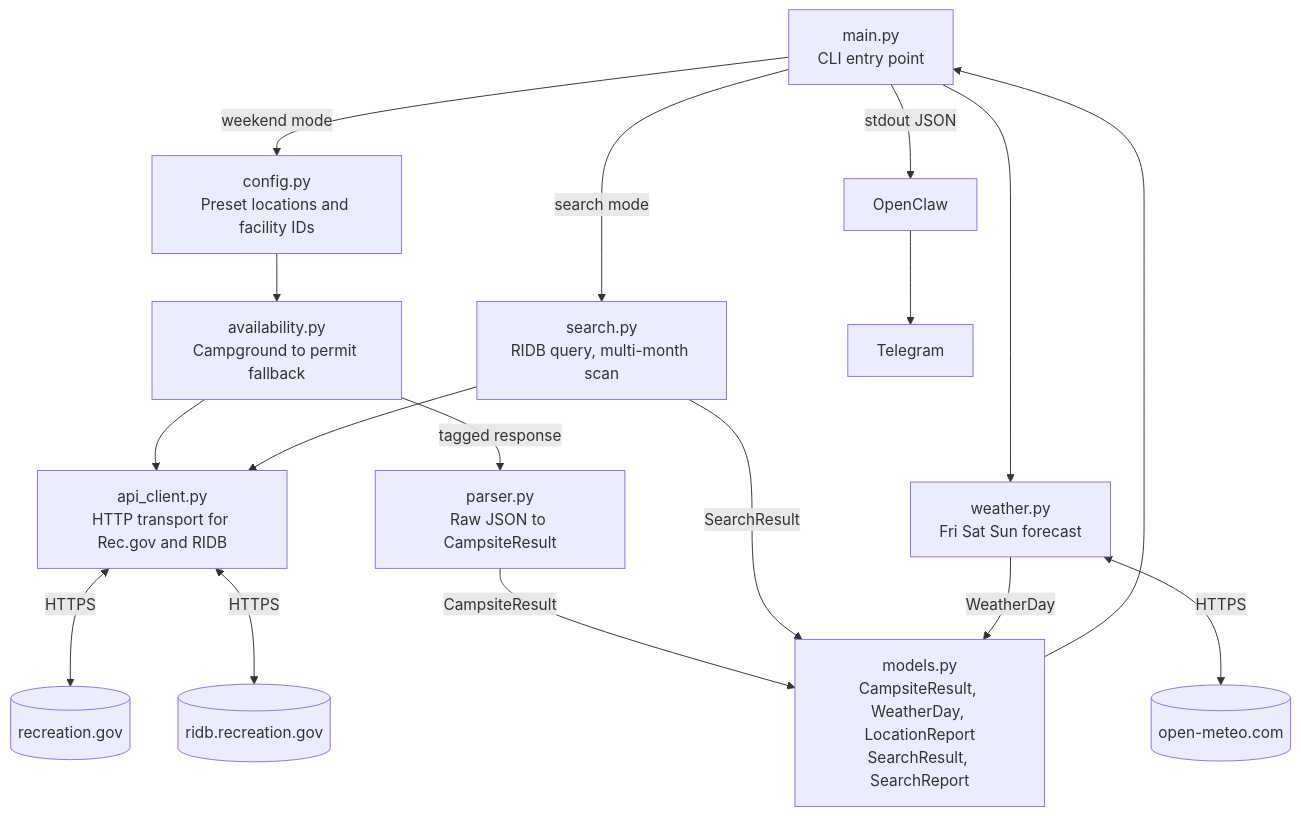
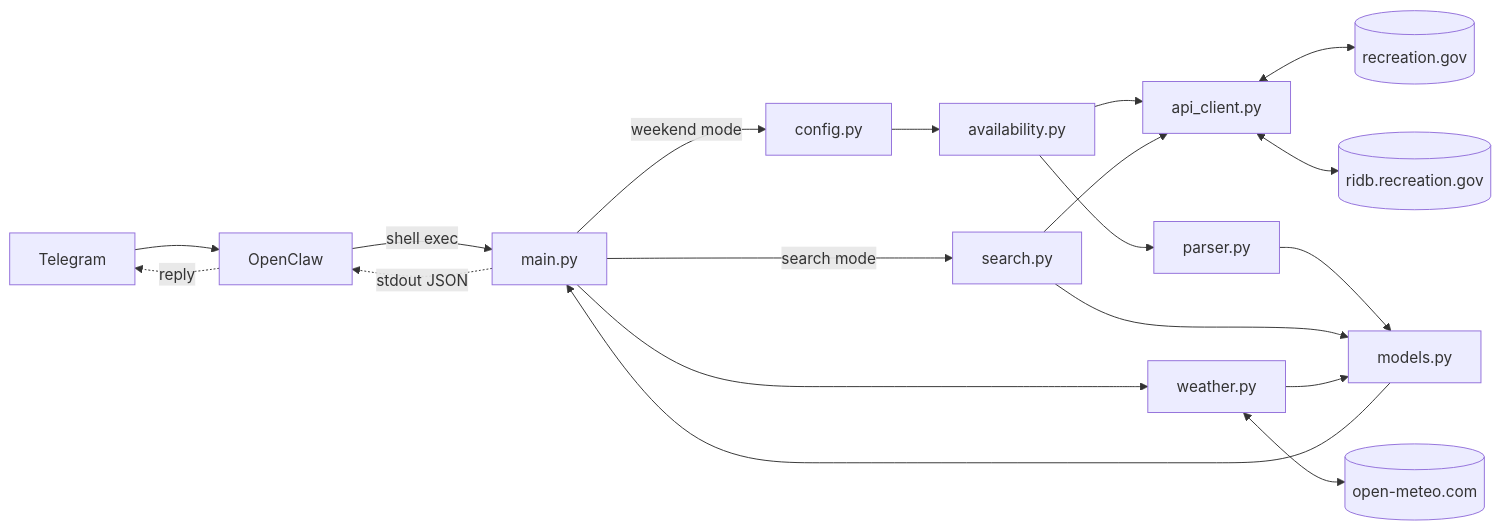
The diagram in README.md (JamalMansuri/campsiterecon), drawn with Mermaid before and after one commit.

Commit message:
Simplify README diagram: LR flow for easier reading
Switch flowchart from TD to LR so the data flow reads left-to-right
(Telegram → OpenClaw → main.py → modules → APIs → back). Drop the
multi-line node descriptions since the Modules table below already
covers per-file responsibilities.

````diff
--- a/README.md
+++ b/README.md
@@ -13,33 +13,26 @@
 ```mermaid
-flowchart TD
-    CLI["main.py<br/>CLI entry point"]
-    CFG["config.py<br/>Preset locations and facility IDs"]
-    AV["availability.py<br/>Campground to permit fallback"]
-    SR["search.py<br/>RIDB query, multi-month scan"]
-    AC["api_client.py<br/>HTTP transport for Rec.gov and RIDB"]
-    PR["parser.py<br/>Raw JSON to CampsiteResult"]
-    WX["weather.py<br/>Fri Sat Sun forecast"]
-    MDL["models.py<br/>CampsiteResult, WeatherDay, LocationReport<br/>SearchResult, SearchReport"]
-    REC[("recreation.gov")]
-    RIDB[("ridb.recreation.gov")]
-    MET[("open-meteo.com")]
-    OC["OpenClaw"]
-    TG["Telegram"]
+flowchart LR
+    TG["Telegram"] --> OC["OpenClaw"]
+    OC -->|shell exec| CLI["main.py"]
 
-    CLI -->|weekend mode| CFG
-    CLI -->|search mode| SR
-    CLI --> WX
-    CFG --> AV
-    AV --> AC
+    CLI -->|weekend mode| CFG["config.py"]
+    CLI -->|search mode| SR["search.py"]
+    CLI --> WX["weather.py"]
+
+    CFG --> AV["availability.py"]
+    AV --> AC["api_client.py"]
     SR --> AC
-    AC <-->|HTTPS| REC
-    AC <-->|HTTPS| RIDB
-    WX <-->|HTTPS| MET
-    AV -->|tagged response| PR
-    PR -->|CampsiteResult| MDL
-    SR -->|SearchResult| MDL
-    WX -->|WeatherDay| MDL
+
+    AC <--> REC[("recreation.gov")]
+    AC <--> RIDB[("ridb.recreation.gov")]
+    WX <--> MET[("open-meteo.com")]
+
+    AV --> PR["parser.py"]
+    PR --> MDL["models.py"]
+    SR --> MDL
+    WX --> MDL
     MDL --> CLI
-    CLI -->|stdout JSON| OC
-    OC --> TG
+
+    CLI -.->|stdout JSON| OC
+    OC -.->|reply| TG
 ```
````
